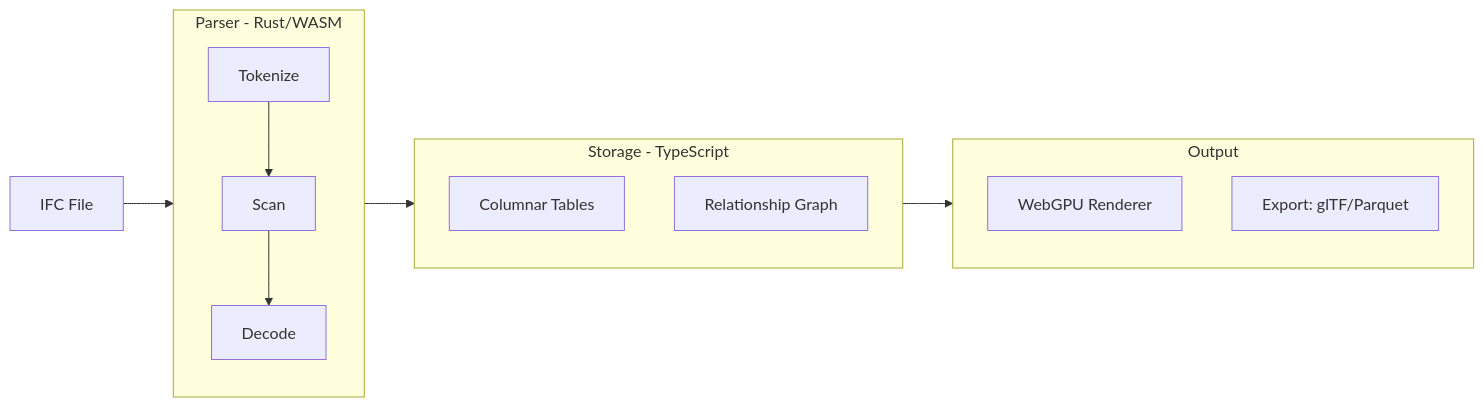
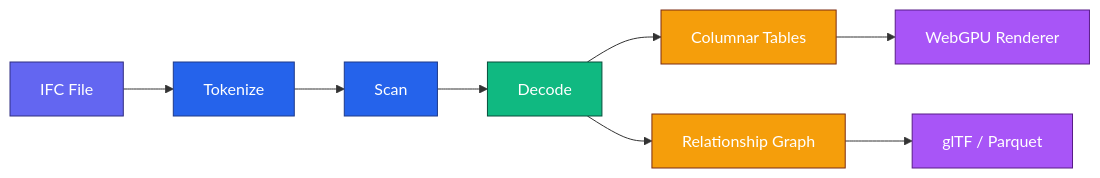
The diagram in README.md (louistrue/ifc-lite), drawn with Mermaid before and after one commit. The commit also changed other lines of this file, not shown here.

Commit message:
chore: enhance README for clarity and community engagement
- Improved wording in feature descriptions for better readability.
- Updated flowchart in the architecture section for clearer representation of data processing layers.
- Added a new section for community projects to encourage contributions and showcase user-built applications.

````diff
--- a/README.md
+++ b/README.md
@@ -162,17 +162,18 @@
 ```mermaid
 flowchart LR
-    IFC[IFC File] --> Parser
-    subgraph Parser[Parser - Rust/WASM]
-        Tokenize[Tokenize] --> Scan[Scan] --> Decode[Decode]
-    end
-    Parser --> Storage
-    subgraph Storage[Storage - TypeScript]
-        Tables[Columnar Tables]
-        Graph[Relationship Graph]
-    end
-    Storage --> Output
-    subgraph Output[Output]
-        Renderer[WebGPU Renderer]
-        Export[Export: glTF/Parquet]
-    end
+    IFC[IFC File] --> Tokenize
+    Tokenize --> Scan --> Decode
+    Decode --> Tables[Columnar Tables]
+    Decode --> Graph[Relationship Graph]
+    Tables --> Renderer[WebGPU Renderer]
+    Graph --> Export[glTF / Parquet]
+    
+    style IFC fill:#6366f1,stroke:#312e81,color:#fff
+    style Tokenize fill:#2563eb,stroke:#1e3a8a,color:#fff
+    style Scan fill:#2563eb,stroke:#1e3a8a,color:#fff
+    style Decode fill:#10b981,stroke:#064e3b,color:#fff
+    style Tables fill:#f59e0b,stroke:#7c2d12,color:#fff
+    style Graph fill:#f59e0b,stroke:#7c2d12,color:#fff
+    style Renderer fill:#a855f7,stroke:#581c87,color:#fff
+    style Export fill:#a855f7,stroke:#581c87,color:#fff
 ```
````
